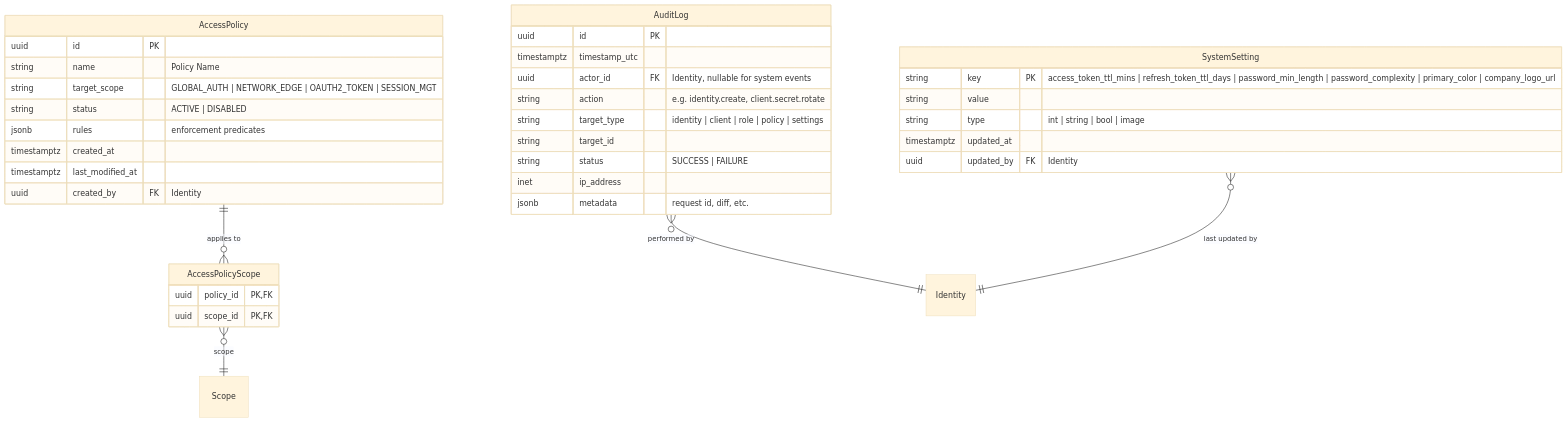
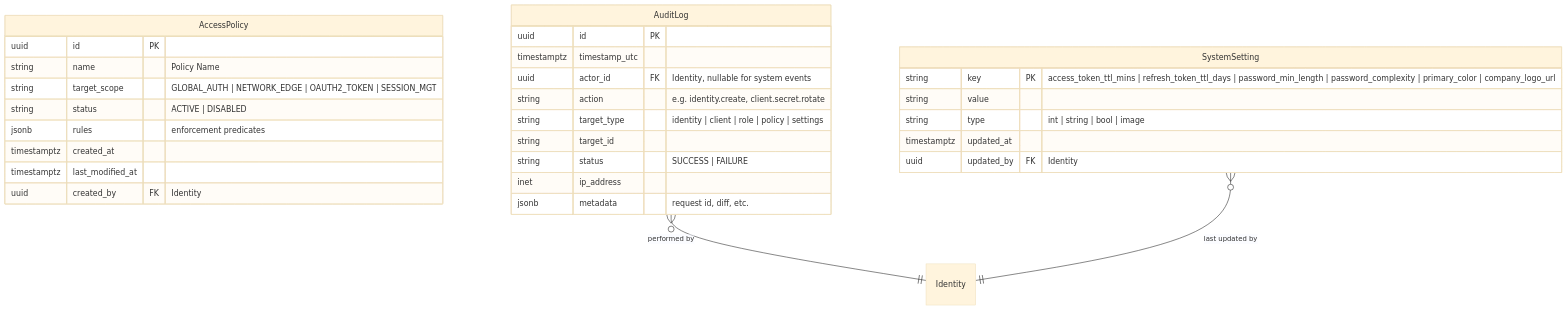
One commit to mosup16/SW-IDP changed the fourth of 4 diagrams in design/ERD.md. Above: the diagram before and after it, drawn with Mermaid (base theme). The commit also changed other lines of this file and 1 other file, not shown here.

````diff
--- a/design/ERD.md
+++ b/design/ERD.md
@@ -188,43 +167,36 @@
 ```mermaid
 erDiagram
     AccessPolicy {
         uuid id PK
         string name "Policy Name"
         string target_scope "GLOBAL_AUTH | NETWORK_EDGE | OAUTH2_TOKEN | SESSION_MGT"
         string status "ACTIVE | DISABLED"
         jsonb rules "enforcement predicates"
         timestamptz created_at
         timestamptz last_modified_at
         uuid created_by FK "Identity"
-    }
-
-    AccessPolicyScope {
-        uuid policy_id PK,FK
-        uuid scope_id PK,FK
     }
 
     AuditLog {
         uuid id PK
         timestamptz timestamp_utc
         uuid actor_id FK "Identity, nullable for system events"
         string action "e.g. identity.create, client.secret.rotate"
         string target_type "identity | client | role | policy | settings"
         string target_id
         string status "SUCCESS | FAILURE"
         inet ip_address
         jsonb metadata "request id, diff, etc."
     }
 
     SystemSetting {
         string key PK "access_token_ttl_mins | refresh_token_ttl_days | password_min_length | password_complexity | primary_color | company_logo_url"
         string value
         string type "int | string | bool | image"
         timestamptz updated_at
         uuid updated_by FK "Identity"
     }
 
-    AccessPolicy ||--o{ AccessPolicyScope : "applies to"
-    AccessPolicyScope }o--|| Scope : "scope"
     AuditLog }o--|| Identity : "performed by"
     SystemSetting }o--|| Identity : "last updated by"
 ```
````
